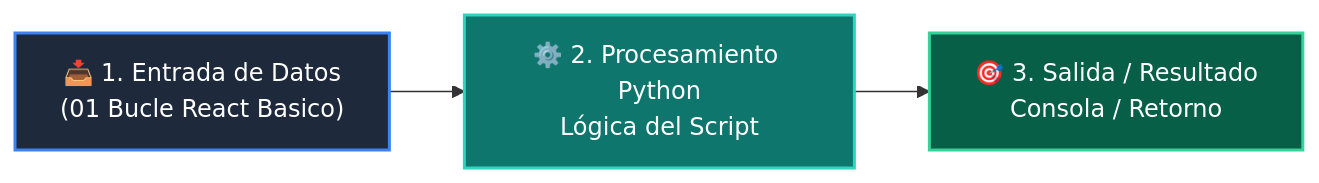
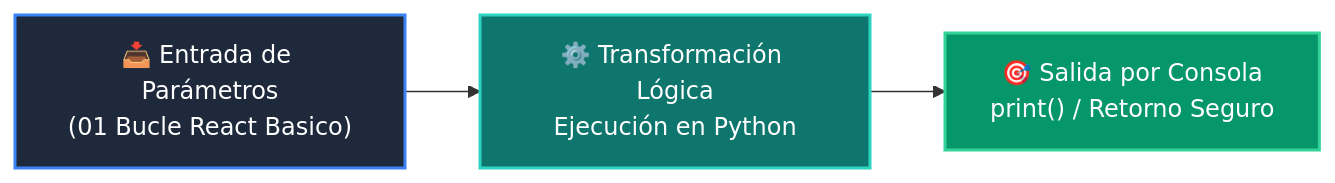
The diagram in 03-agentes-ia/clase-07-agentes-autonomos-react/ejemplos/ejemplo_01_bucle_react_basico/README.md (wisrovi/wisrovi-python), drawn with Mermaid before and after one commit. The commit also changed other lines of this file and 226 other files, not shown here.

Commit message:
docs: elevate all repository READMEs to world-class mastery standard with rich pedagogical architecture, custom Mermaids, and professional styling

````diff
--- a/03-agentes-ia/clase-07-agentes-autonomos-react/ejemplos/ejemplo_01_bucle_react_basico/README.md
+++ b/03-agentes-ia/clase-07-agentes-autonomos-react/ejemplos/ejemplo_01_bucle_react_basico/README.md
@@ -12,9 +19,9 @@
 ```mermaid
 flowchart LR
-    A["📥 1. Entrada de Datos<br/>(01 Bucle React Basico)"] --> B["⚙️ 2. Procesamiento Python<br/>Lógica del Script"]
-    B --> C["🎯 3. Salida / Resultado<br/>Consola / Retorno"]
+    A["📥 Entrada de Parámetros<br/>(01 Bucle React Basico)"] --> B["⚙️ Transformación Lógica<br/>Ejecución en Python"]
+    B --> C["🎯 Salida por Consola<br/>print() / Retorno Seguro"]
 
-    style A fill:#1e293b,color:#fff,stroke:#3b82f6,stroke-width:2px
-    style B fill:#0f766e,color:#fff,stroke:#2dd4bf,stroke-width:2px
-    style C fill:#065f46,color:#fff,stroke:#34d399,stroke-width:2px
+    style A fill:#1e293b,color:#ffffff,stroke:#3b82f6,stroke-width:2px
+    style B fill:#0f766e,color:#ffffff,stroke:#2dd4bf,stroke-width:2px
+    style C fill:#059669,color:#ffffff,stroke:#34d399,stroke-width:2px
 ```
````
